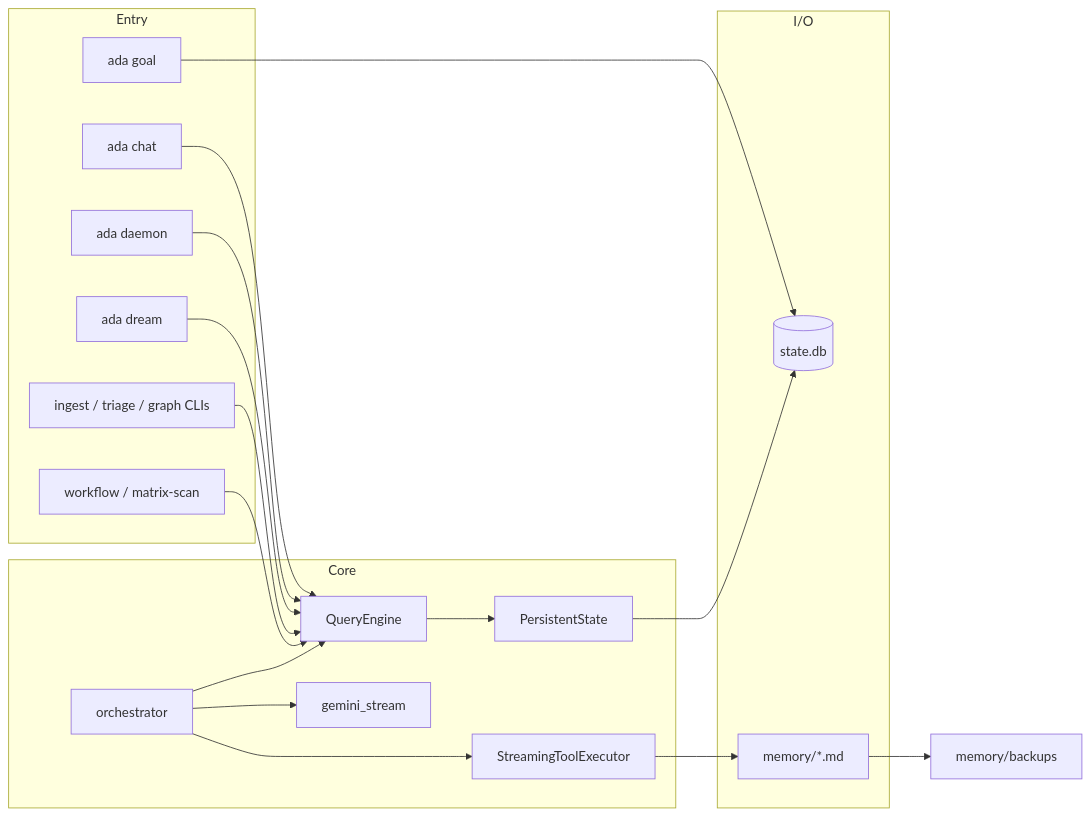
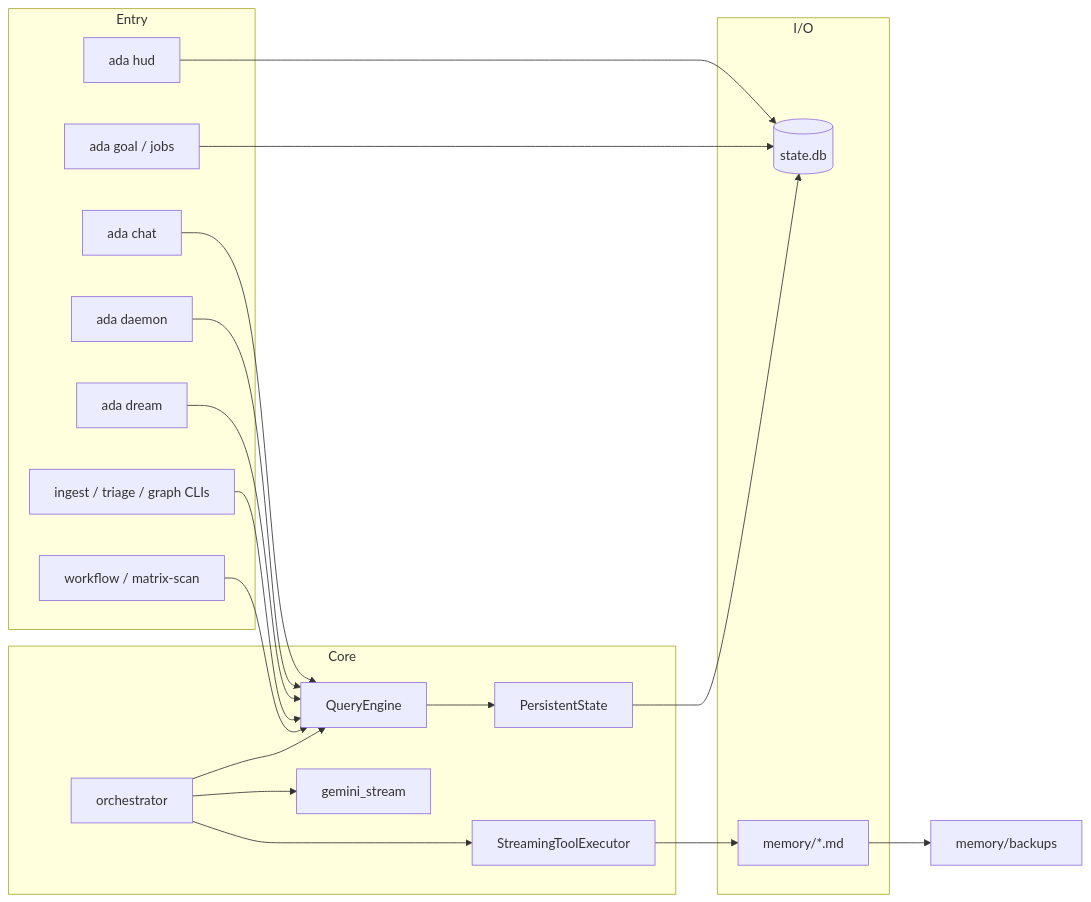
Before and after one commit to aryanjohari/ADA: the diagram in README.md, drawn with Mermaid. The commit also changed other lines of this file and 54 other files, not shown here.

````diff
--- a/README.md
+++ b/README.md
@@ -88,35 +145,37 @@
 ```mermaid
 flowchart LR
   subgraph entry [Entry]
     Chat[ada chat]
-    GoalCLI[ada goal]
+    HUD[ada hud]
+    GoalCLI[ada goal / jobs]
     Daemon[ada daemon]
     Dream[ada dream]
     Ingest[ingest / triage / graph CLIs]
     Wf[workflow / matrix-scan]
   end
   subgraph core [Core]
     QE[QueryEngine]
     PS[PersistentState]
     Orch[orchestrator]
     Adp[gemini_stream]
     Ex[StreamingToolExecutor]
   end
   subgraph io [I/O]
     DB[(state.db)]
     Mem[memory/*.md]
   end
   Chat --> QE
+  HUD --> DB
   GoalCLI --> DB
   Daemon --> QE
   Dream --> QE
   Ingest --> QE
   Wf --> QE
   QE --> PS
   PS --> DB
   Orch --> QE
   Orch --> Adp
   Orch --> Ex
   Ex --> Mem
   Mem --> backups[memory/backups]
 ```
````
